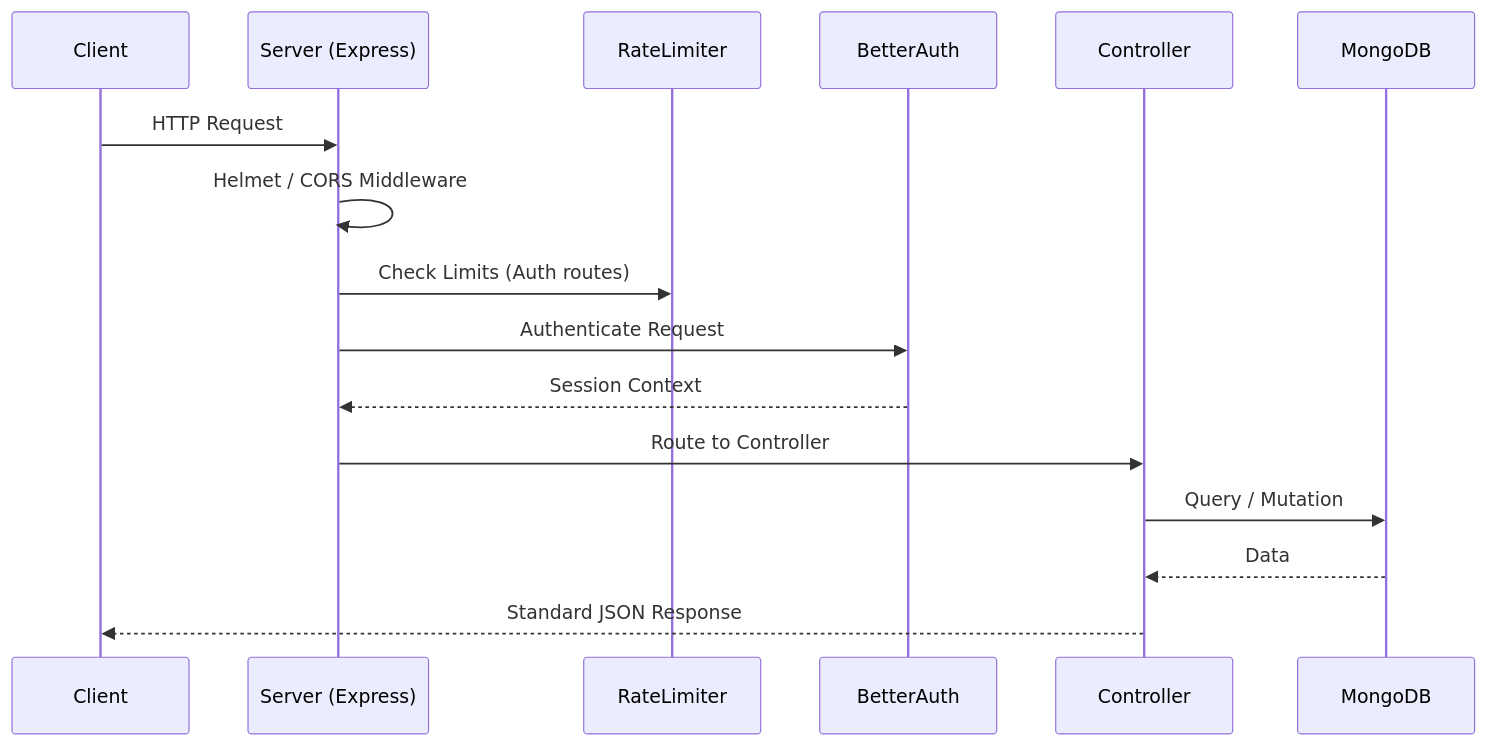
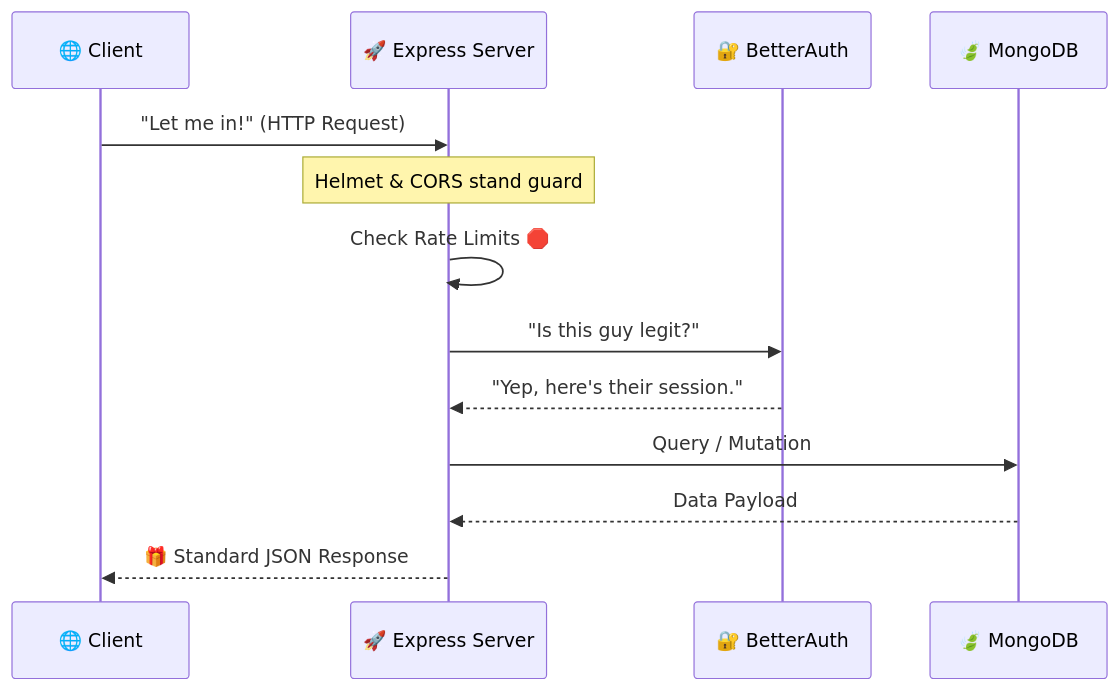
The diagram in README.md (Md-Nur-A-Alam/ServiceHub-server), drawn with Mermaid before and after one commit. The commit also changed other lines of this file, not shown here.

````diff
--- a/README.md
+++ b/README.md
@@ -55,19 +124,16 @@
 ```mermaid
 sequenceDiagram
-    participant Client
-    participant Server (Express)
-    participant RateLimiter
-    participant BetterAuth
-    participant Controller
-    participant MongoDB
+    participant C as 🌐 Client
+    participant E as 🚀 Express Server
+    participant B as 🔐 BetterAuth
+    participant DB as 🍃 MongoDB
 
-    Client->>Server (Express): HTTP Request
-    Server (Express)->>Server (Express): Helmet / CORS Middleware
-    Server (Express)->>RateLimiter: Check Limits (Auth routes)
-    Server (Express)->>BetterAuth: Authenticate Request
-    BetterAuth-->>Server (Express): Session Context
-    Server (Express)->>Controller: Route to Controller
-    Controller->>MongoDB: Query / Mutation
-    MongoDB-->>Controller: Data
-    Controller-->>Client: Standard JSON Response
+    C->>E: "Let me in!" (HTTP Request)
+    Note over E: Helmet & CORS stand guard
+    E->>E: Check Rate Limits 🛑
+    E->>B: "Is this guy legit?"
+    B-->>E: "Yep, here's their session."
+    E->>DB: Query / Mutation
+    DB-->>E: Data Payload
+    E-->>C: 🎁 Standard JSON Response
 ```
````
